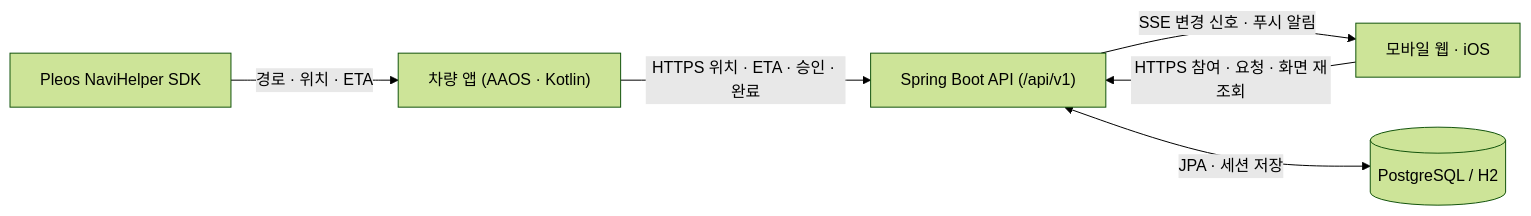
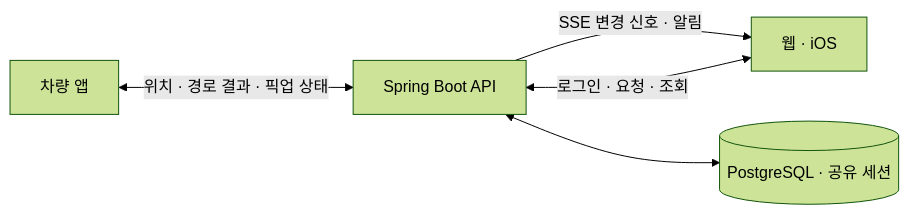
One commit to majung-team/majung-backend changed the diagram in README.md. Above: the diagram before and after it, drawn with Mermaid (forest theme). The commit also changed other lines of this file, not shown here.

````diff
--- a/README.md
+++ b/README.md
@@ -51,8 +62,7 @@
 ```mermaid
 flowchart LR
-    SDK["Pleos NaviHelper SDK"] -->|"경로 · 위치 · ETA"| Vehicle["차량 앱 (AAOS · Kotlin)"]
-    Vehicle -->|"HTTPS 위치 · ETA · 승인 · 완료"| API["Spring Boot API (/api/v1)"]
-    Client["모바일 웹 · iOS"] -->|"HTTPS 참여 · 요청 · 화면 재조회"| API
-    API -->|"SSE 변경 신호 · 푸시 알림"| Client
-    API <-->|"JPA · 세션 저장"| DB[("PostgreSQL / H2")]
+    Vehicle["차량 앱"] <-->|"위치 · 경로 결과 · 픽업 상태"| API["Spring Boot API"]
+    Client["웹 · iOS"] <-->|"로그인 · 요청 · 조회"| API
+    API -->|"SSE 변경 신호 · 알림"| Client
+    API <--> DB[("PostgreSQL · 공유 세션")]
 ```
````
